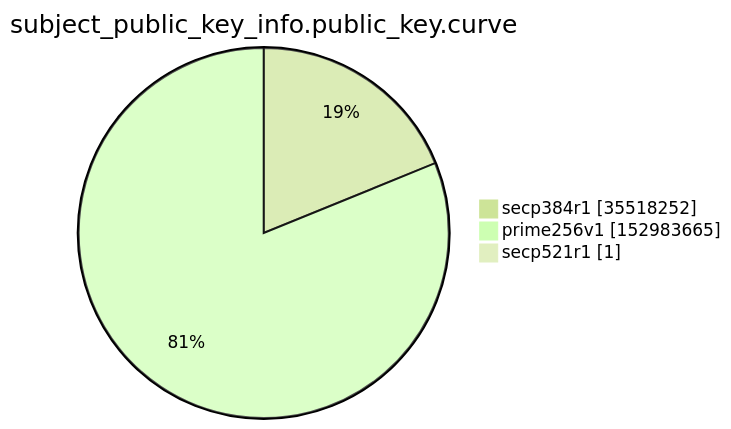
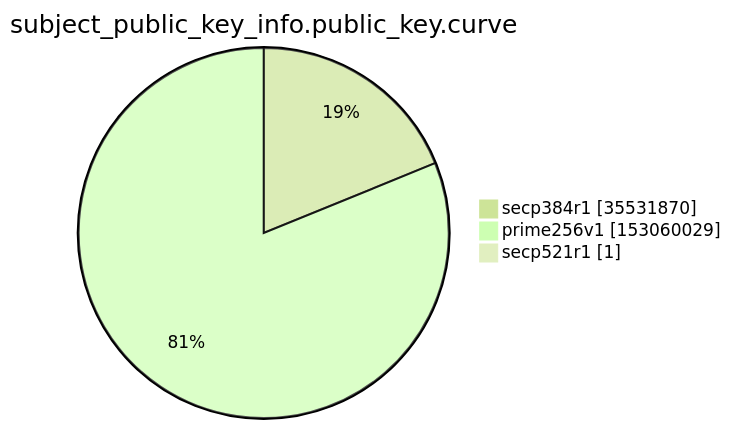
One commit to christiankrug/ctmonitor_visualization changed the ninth of 15 diagrams in argon2022/README.md. Above: the diagram before and after it, drawn with Mermaid (forest theme). The commit also changed other lines of this file, not shown here.

````diff
--- a/argon2022/README.md
+++ b/argon2022/README.md
@@ -2765,7 +2765,7 @@
 ```mermaid
 pie showData
 title subject_public_key_info.public_key.curve
-"secp384r1" :35518252
-"prime256v1" :152983665
+"secp384r1" :35531870
+"prime256v1" :153060029
 "secp521r1" :1
 ```
````
